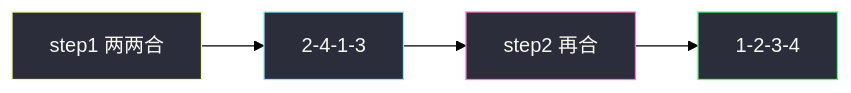
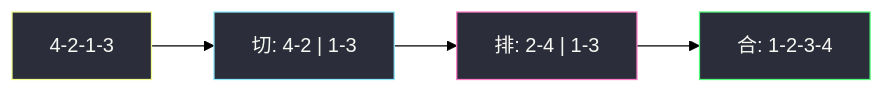
One commit to socoo123/algorithm_pratices_web changed the third of 3 diagrams in solutions/base/sort-list.md. Above: the diagram before and after it, drawn with Mermaid (forest theme). The commit also changed other lines of this file and 24 other files, not shown here.

````diff
--- a/solutions/base/sort-list.md
+++ b/solutions/base/sort-list.md
@@ -324,11 +381,11 @@
 ```mermaid
 flowchart LR
-    A["step1 两两合"] --> B["2-4-1-3"]
-    B --> C["step2 再合"]
-    C --> D["1-2-3-4"]
+    A["4-2-1-3"] --> B["切: 4-2 | 1-3"]
+    B --> C["排: 2-4 | 1-3"]
+    C --> D["合: 1-2-3-4"]
 
     style A fill:#2b2d3a,stroke:#f1fa8c,color:#f8f8f2
     style B fill:#2b2d3a,stroke:#8be9fd,color:#f8f8f2
     style C fill:#2b2d3a,stroke:#ff79c6,color:#f8f8f2
     style D fill:#2b2d3a,stroke:#50fa7b,color:#f8f8f2
 ```
````
